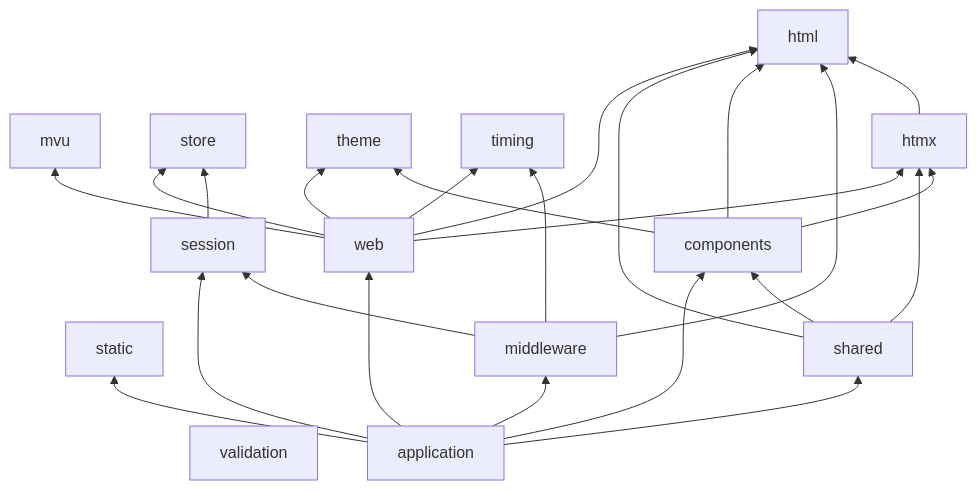
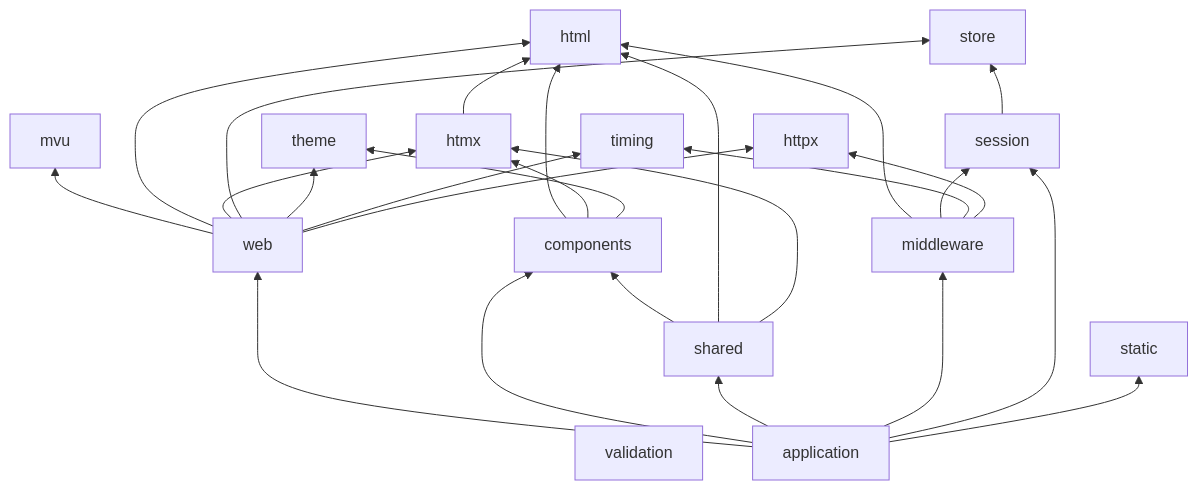
One commit to dmundt/go-mvu changed the first of 2 diagrams in docs/architecture.md. Above: the diagram before and after it, drawn with Mermaid. The commit also changed other lines of this file and 39 other files, not shown here.

````diff
--- a/docs/architecture.md
+++ b/docs/architecture.md
@@ -44,11 +45,11 @@
 ```mermaid
 flowchart BT
-  html; mvu; store; theme; static; validation; timing
+  html; mvu; store; theme; static; validation; timing; httpx
   htmx --> html
   session --> store
-  middleware --> html & session & timing
+  middleware --> html & session & timing & httpx
   components --> html & htmx & theme
   shared --> components & html & htmx
-  web --> mvu & html & htmx & store & theme & timing
+  web --> mvu & html & htmx & store & theme & timing & httpx
   app[application] --> web & components & shared & middleware & session & static
 ```
````
